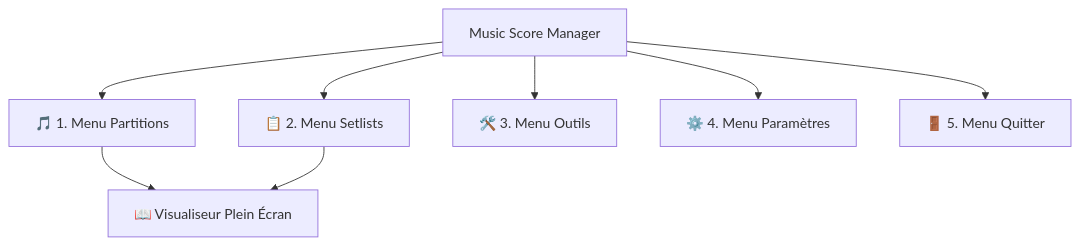
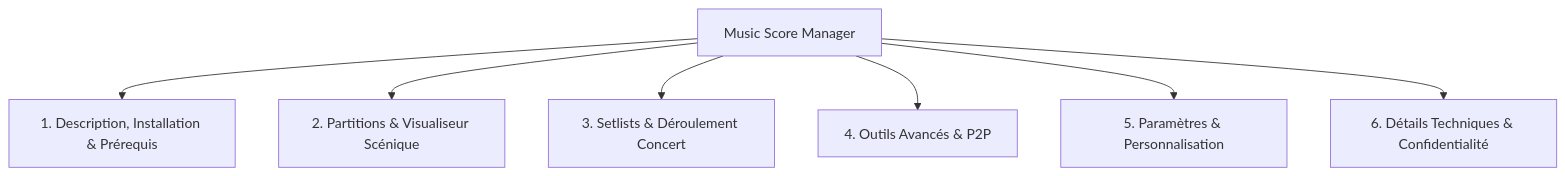
Before and after one commit to Audiothor/MusicScoreManager: the diagram in docs/index.md, drawn with Mermaid. The commit also changed other lines of this file and 12 other files, not shown here.

````diff
--- a/docs/index.md
+++ b/docs/index.md
@@ -11,10 +11,9 @@
 ```mermaid
 graph TD
-    A[Music Score Manager] --> B[🎵 1. Menu Partitions]
-    A --> C[📋 2. Menu Setlists]
-    A --> D[🛠️ 3. Menu Outils]
-    A --> E[⚙️ 4. Menu Paramètres]
-    A --> F[🚪 5. Menu Quitter]
-    B --> G[📖 Visualiseur Plein Écran]
-    C --> G
+    A[Music Score Manager] --> C1[1. Description, Installation & Prérequis]
+    A --> C2[2. Partitions & Visualiseur Scénique]
+    A --> C3[3. Setlists & Déroulement Concert]
+    A --> C4[4. Outils Avancés & P2P]
+    A --> C5[5. Paramètres & Personnalisation]
+    A --> C6[6. Détails Techniques & Confidentialité]
 ```
````
